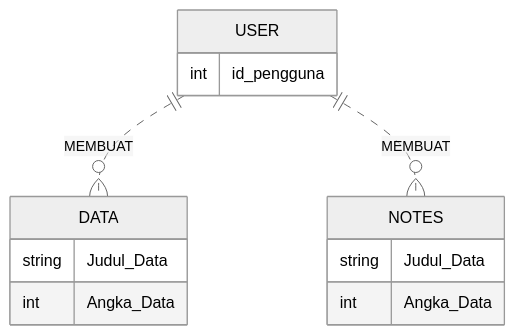
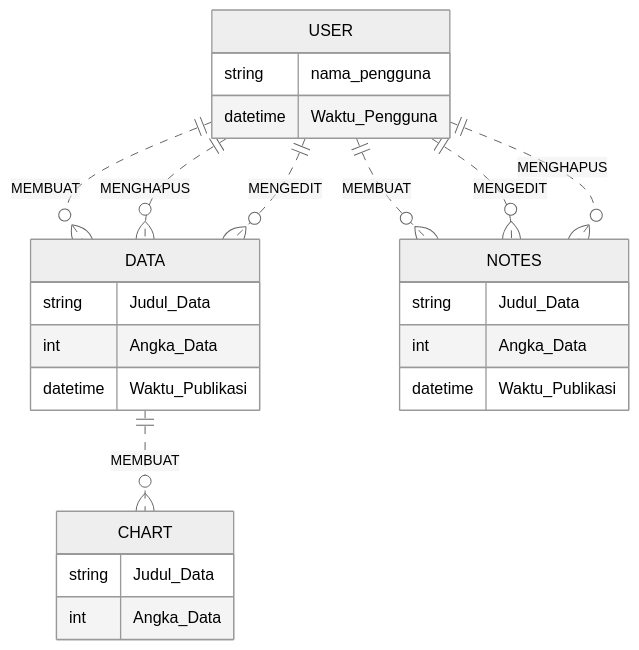
The first of 2 diagrams in Where's App .md (MuhammadFauzanL/Basic-Flutter-App), drawn with Mermaid (neutral theme) before and after one commit.

Commit message:
Where's App .md

````diff
--- a/Where's App .md
+++ b/Where's App .md
@@ -57,25 +57,40 @@
 ```mermaid
 erDiagram
     USER ||..o{ DATA : MEMBUAT
 USER{
-    int id_pengguna
+    string nama_pengguna
+    datetime Waktu_Pengguna
+
 }
-
+ DATA ||..o{ CHART : MEMBUAT
+CHART{
+    string Judul_Data
+    int Angka_Data
+}
     
     DATA 
 DATA {
     string Judul_Data
     int Angka_Data
+    datetime Waktu_Publikasi
+
+    
 
 }
-
-
+   USER ||..o{ DATA : MENGHAPUS
+   USER ||..o{ DATA : MENGEDIT
     USER||..o{ NOTES: MEMBUAT
-
+    USER||..o{ NOTES: MENGEDIT
+    USER||..o{ NOTES: MENGHAPUS
 
     NOTES
     NOTES{
         string Judul_Data
         int Angka_Data
+        datetime Waktu_Publikasi
     }
+
+
+   
+
 ```
````
